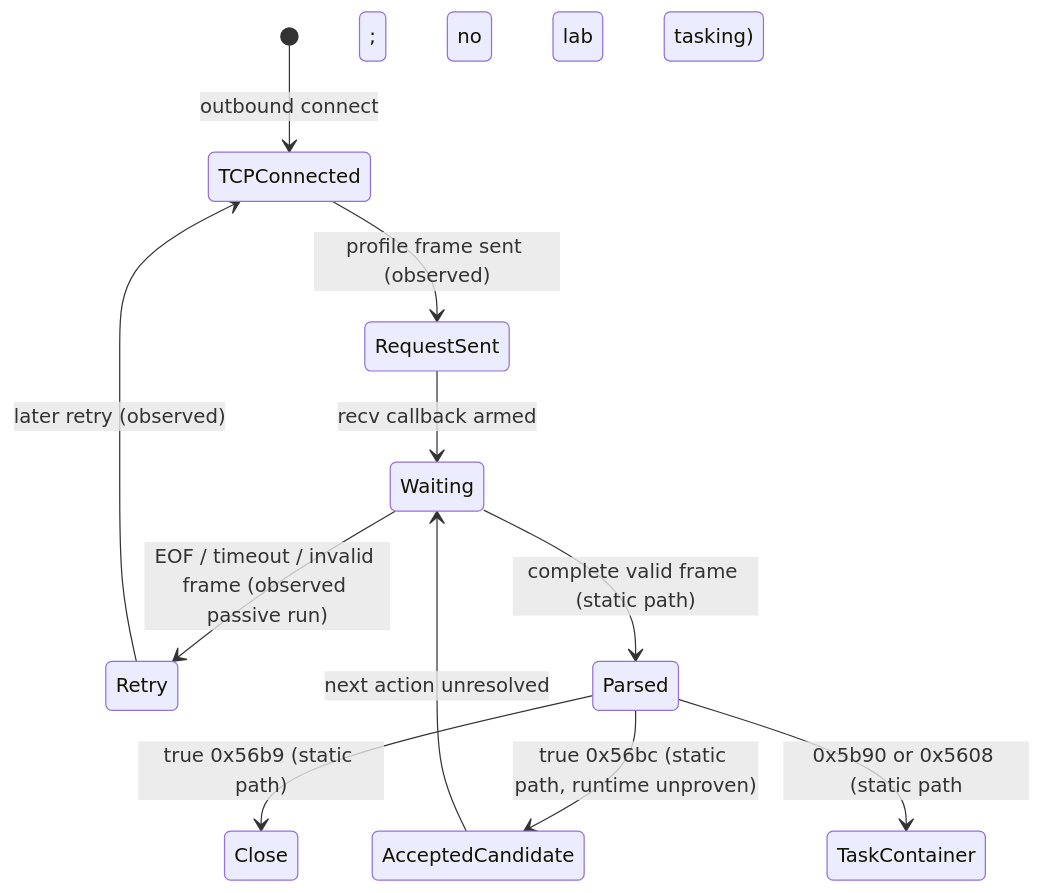
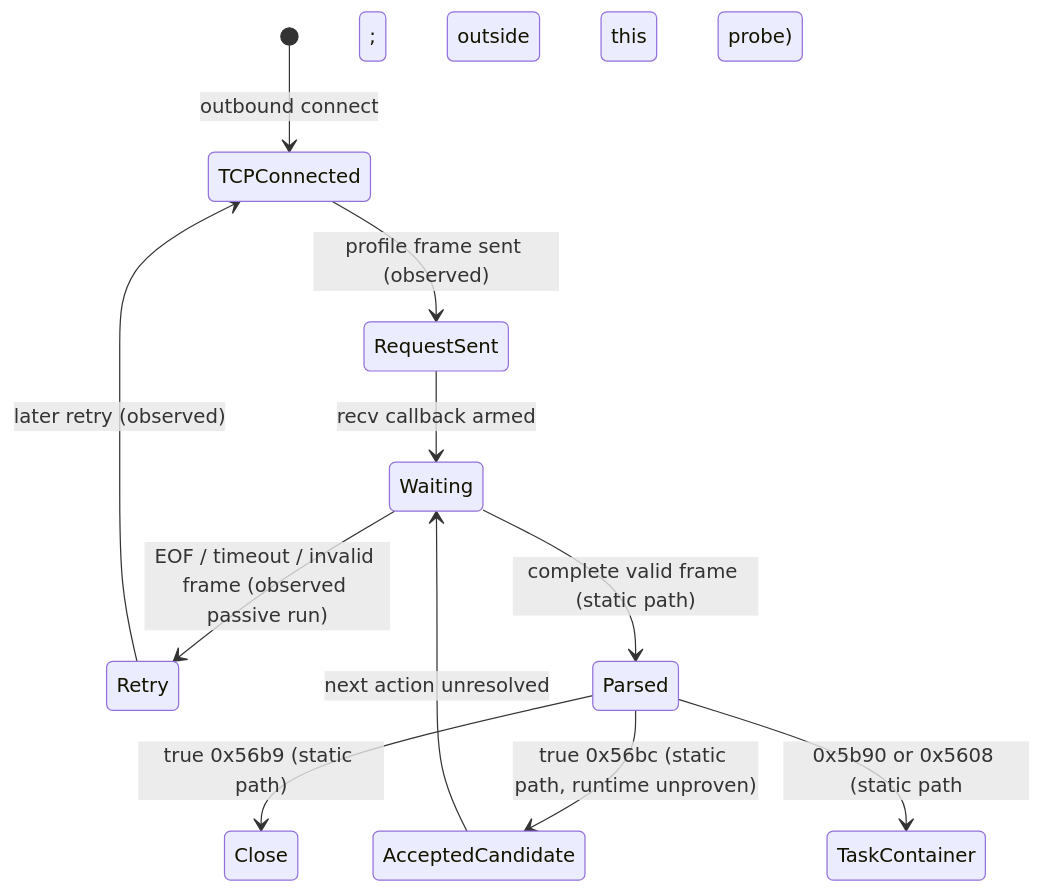
The diagram in c2/protocol-spec.md (Qu3b411/clickfix), drawn with Mermaid before and after one commit. The commit also changed other lines of this file and 12 other files, not shown here.

````diff
--- a/c2/protocol-spec.md
+++ b/c2/protocol-spec.md
@@ -86,13 +86,13 @@
 ```mermaid
 stateDiagram-v2
     [*] --> TCPConnected: outbound connect
     TCPConnected --> RequestSent: profile frame sent (observed)
     RequestSent --> Waiting: recv callback armed
     Waiting --> Retry: EOF / timeout / invalid frame (observed passive run)
     Retry --> TCPConnected: later retry (observed)
     Waiting --> Parsed: complete valid frame (static path)
     Parsed --> AcceptedCandidate: true 0x56bc (static path, runtime unproven)
     Parsed --> Close: true 0x56b9 (static path)
-    Parsed --> TaskContainer: 0x5b90 or 0x5608 (static path; no lab tasking)
+    Parsed --> TaskContainer: 0x5b90 or 0x5608 (static path; outside this probe)
     AcceptedCandidate --> Waiting: next action unresolved
 ```
````
